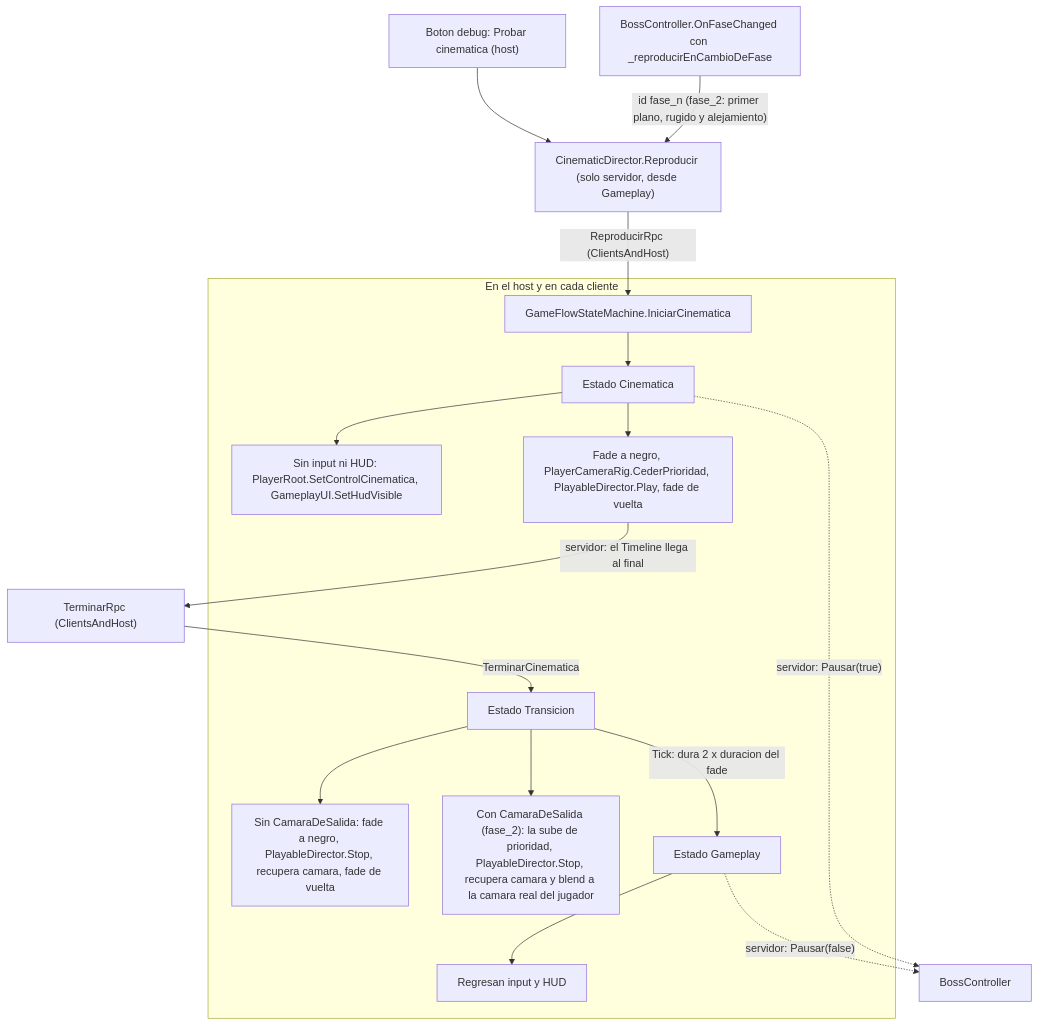
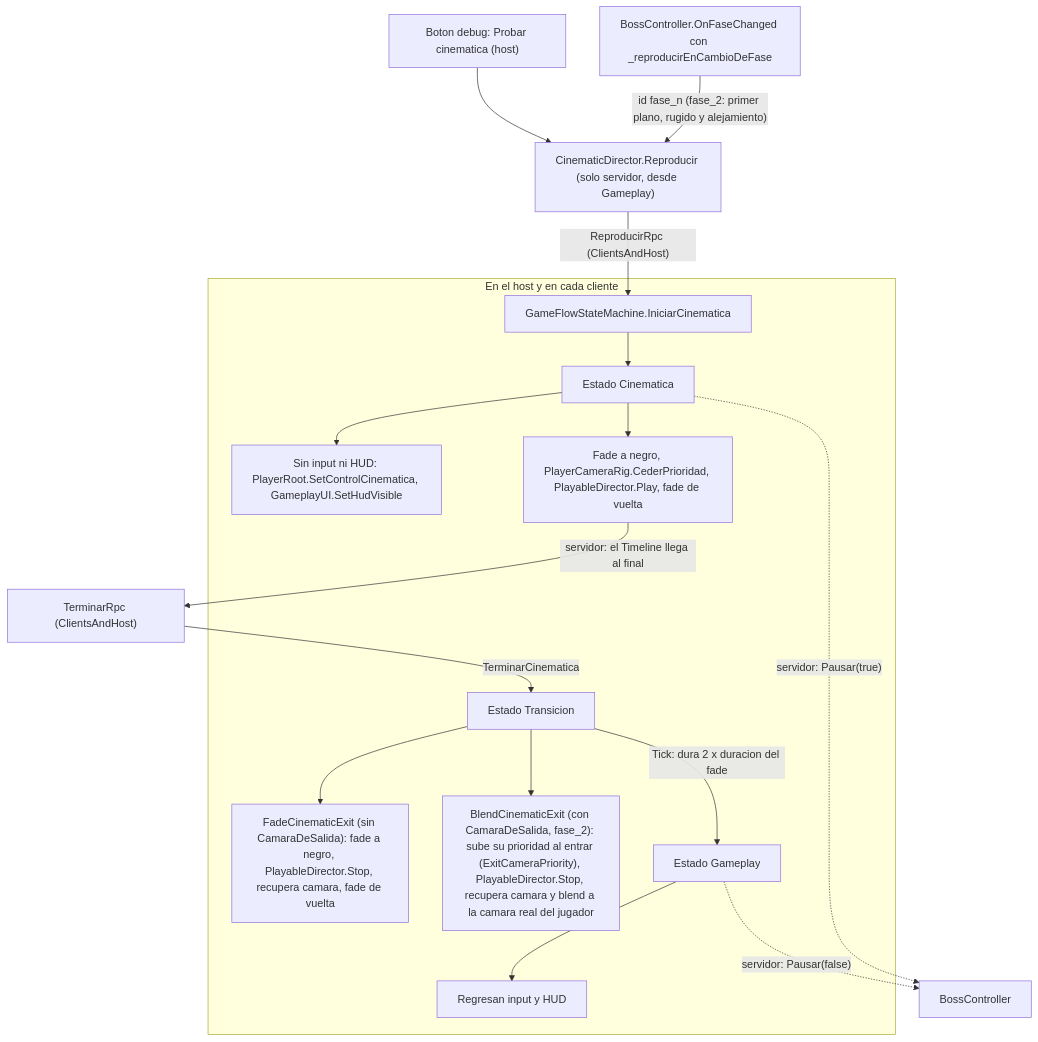
One commit to VicBojoDev10/DeathOfMeaningRepo changed the diagram in docs/diagrams/cinematic-flow.mermaid. Above: the diagram before and after it, drawn with Mermaid. The commit also changed 29 other files, not shown here.

```diff
--- a/docs/diagrams/cinematic-flow.mermaid
+++ b/docs/diagrams/cinematic-flow.mermaid
@@ -1,17 +1,17 @@
 flowchart TD
     BTN["Boton debug: Probar cinematica (host)"] --> REP
     FASE["BossController.OnFaseChanged con _reproducirEnCambioDeFase"] -->|"id fase_n (fase_2: primer plano, rugido y alejamiento)"| REP
     REP["CinematicDirector.Reproducir (solo servidor, desde Gameplay)"] -->|"ReproducirRpc (ClientsAndHost)"| INI
     subgraph CADA["En el host y en cada cliente"]
         INI[GameFlowStateMachine.IniciarCinematica] --> CIN[Estado Cinematica]
         CIN --> CTRL["Sin input ni HUD: PlayerRoot.SetControlCinematica, GameplayUI.SetHudVisible"]
         CIN --> ENT["Fade a negro, PlayerCameraRig.CederPrioridad, PlayableDirector.Play, fade de vuelta"]
-        TRA[Estado Transicion] --> SAL["Sin CamaraDeSalida: fade a negro, PlayableDirector.Stop, recupera camara, fade de vuelta"]
-        TRA --> BLEND["Con CamaraDeSalida (fase_2): la sube de prioridad, PlayableDirector.Stop, recupera camara y blend a la camara real del jugador"]
+        TRA[Estado Transicion] --> SAL["FadeCinematicExit (sin CamaraDeSalida): fade a negro, PlayableDirector.Stop, recupera camara, fade de vuelta"]
+        TRA --> BLEND["BlendCinematicExit (con CamaraDeSalida, fase_2): sube su prioridad al entrar (ExitCameraPriority), PlayableDirector.Stop, recupera camara y blend a la camara real del jugador"]
         TRA -->|"Tick: dura 2 x duracion del fade"| GP[Estado Gameplay]
         GP --> VUELTA[Regresan input y HUD]
     end
     ENT -->|"servidor: el Timeline llega al final"| FIN["TerminarRpc (ClientsAndHost)"]
     FIN -->|TerminarCinematica| TRA
     CIN -.->|"servidor: Pausar(true)"| BOSS[BossController]
     GP -.->|"servidor: Pausar(false)"| BOSS
```
